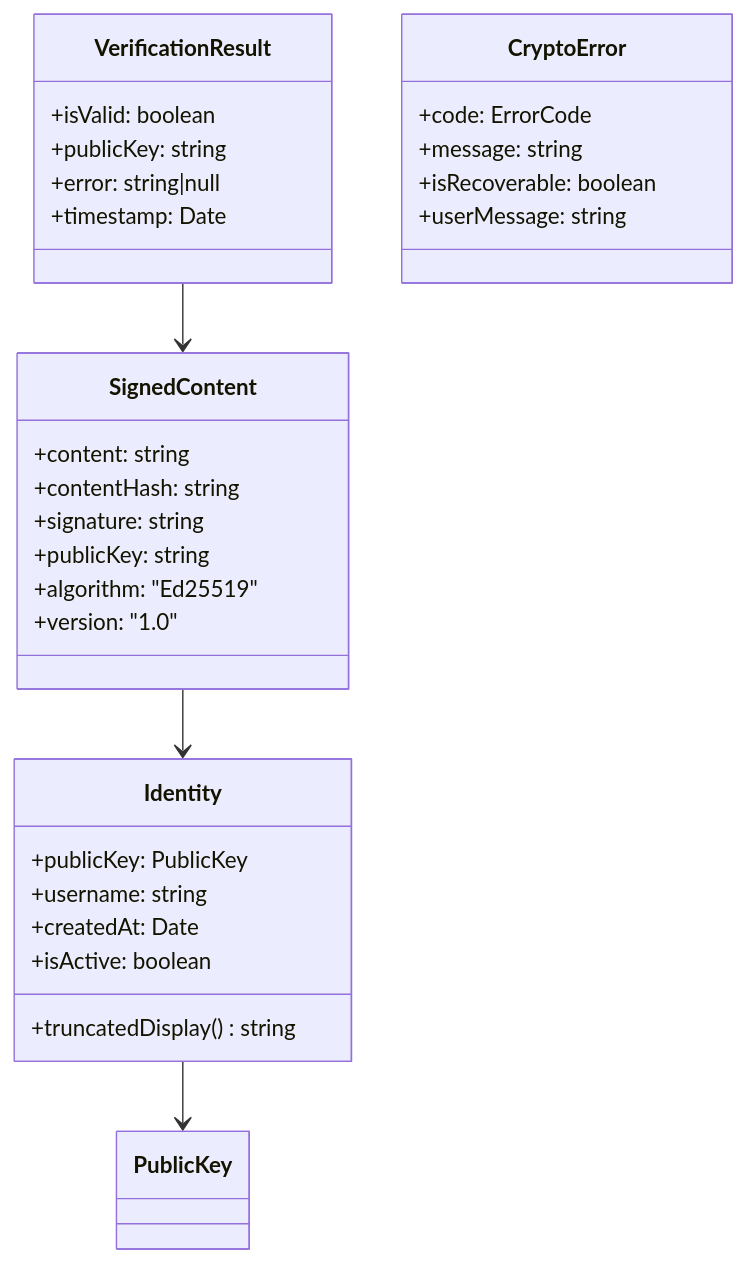
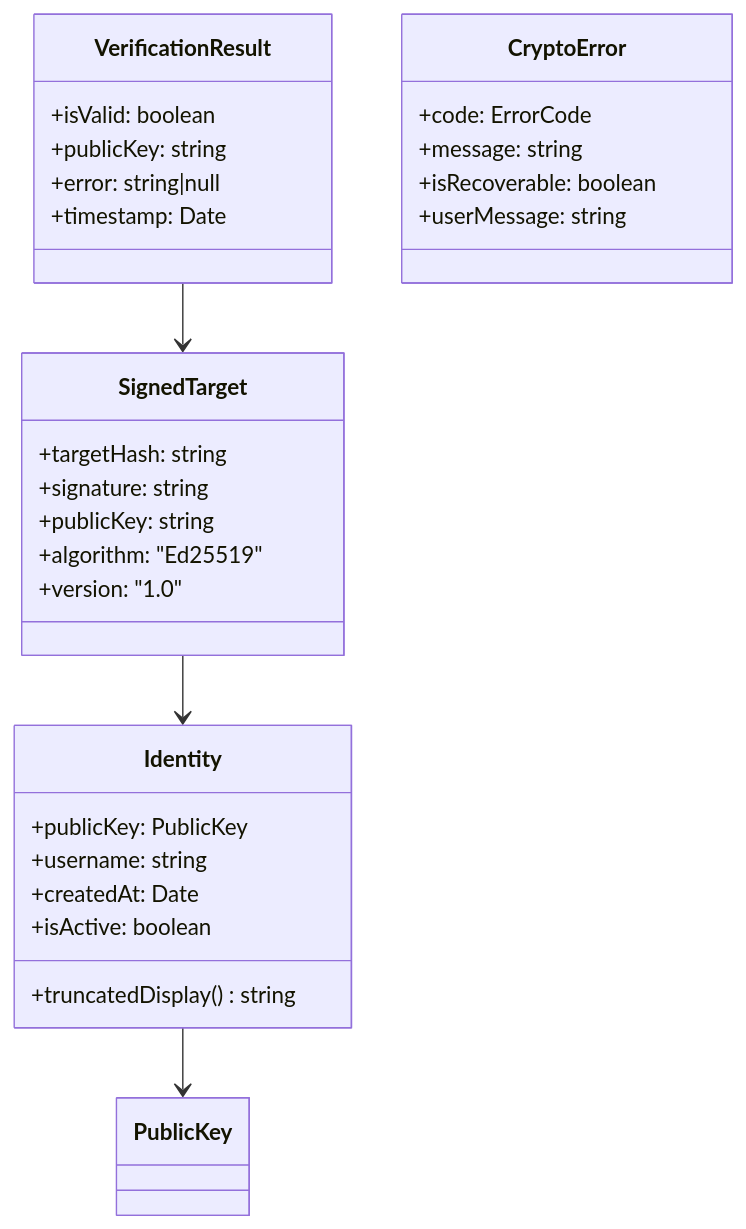
The second of 19 diagrams in docs/architecture/crypto/integration-contracts.md (o2alexanderfedin/Nolock.social.frontends), drawn with Mermaid before and after one commit. The commit also changed other lines of this file and 2 other files, not shown here.

First line of the commit message:
docs: comprehensive architecture documentation review and improvements

````diff
--- a/docs/architecture/crypto/integration-contracts.md
+++ b/docs/architecture/crypto/integration-contracts.md
@@ -51,37 +51,36 @@
 ```mermaid
 classDiagram
     class Identity {
         +publicKey: PublicKey
         +username: string
         +createdAt: Date
         +isActive: boolean
         +truncatedDisplay() string
     }
     
-    class SignedContent {
-        +content: string
-        +contentHash: string
+    class SignedTarget {
+        +targetHash: string
         +signature: string
         +publicKey: string
         +algorithm: "Ed25519"
         +version: "1.0"
     }
     
     class VerificationResult {
         +isValid: boolean
         +publicKey: string
         +error: string|null
         +timestamp: Date
     }
     
     class CryptoError {
         +code: ErrorCode
         +message: string
         +isRecoverable: boolean
         +userMessage: string
     }
     
     Identity --> PublicKey
-    SignedContent --> Identity
-    VerificationResult --> SignedContent
+    SignedTarget --> Identity
+    VerificationResult --> SignedTarget
 ```
````
